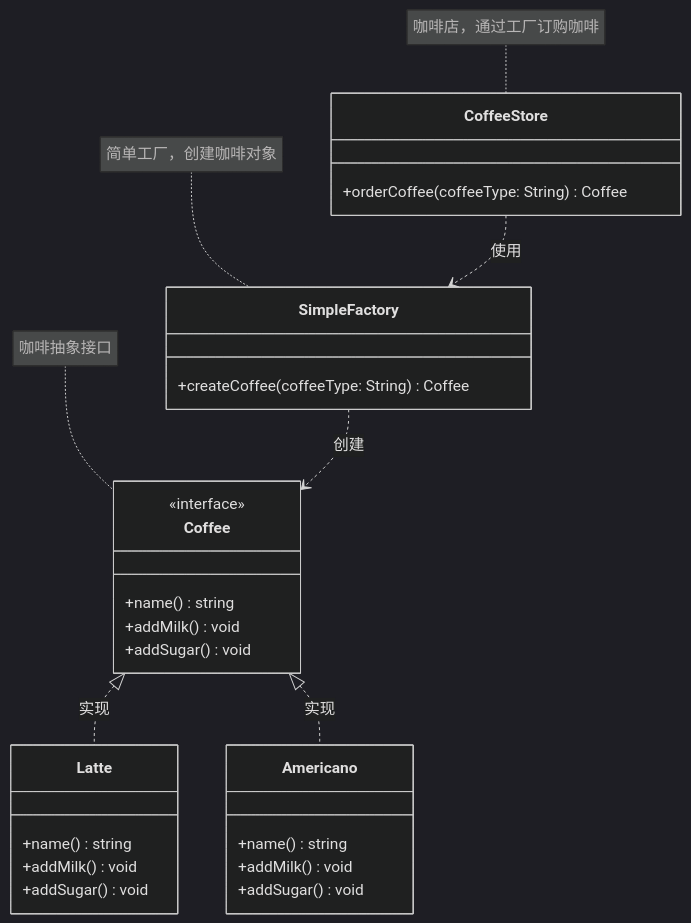
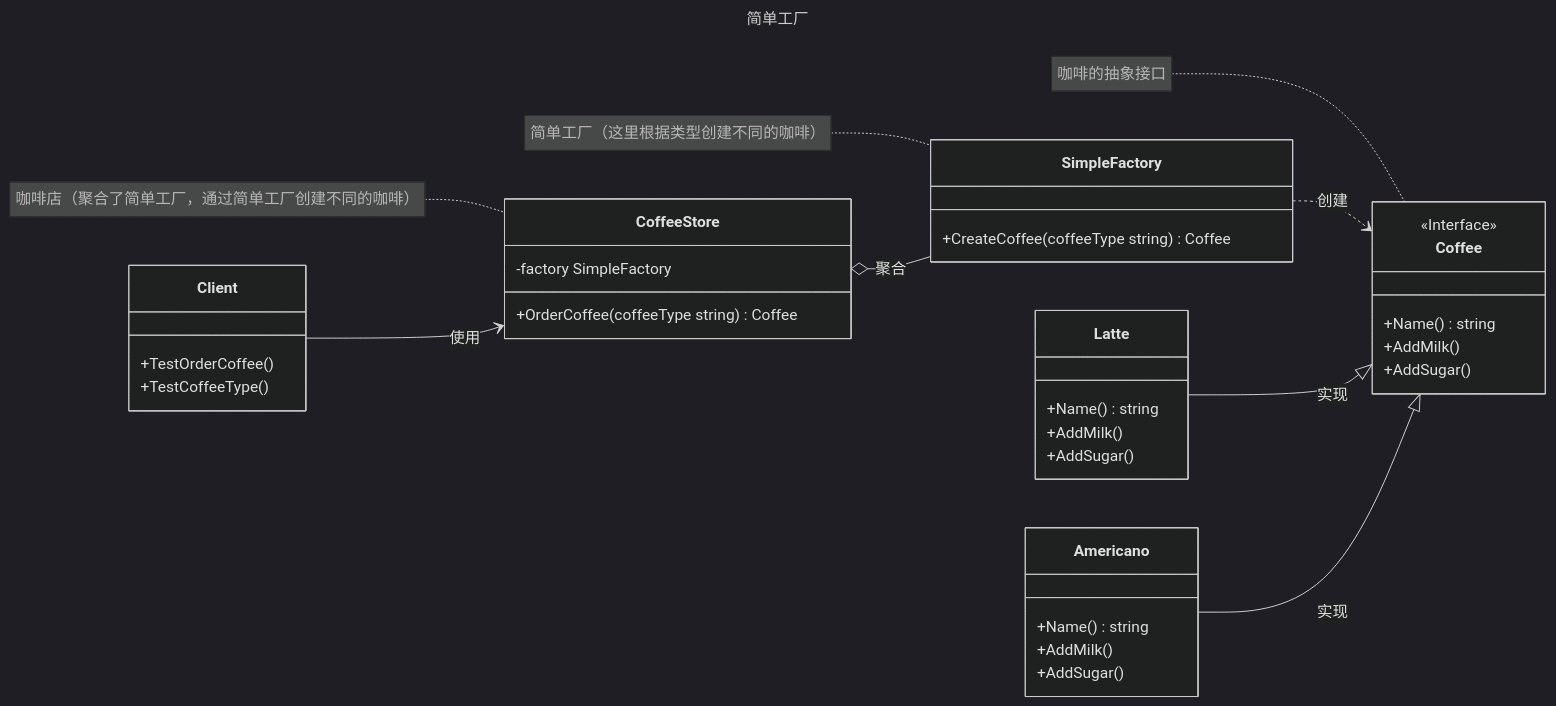
One commit to magicgopher/magicgopher-blog changed the diagram in docs/zh/后端/01-Golang/03-Golang设计模式/03-简单工厂.md. Above: the diagram before and after it, drawn with Mermaid (dark theme). The commit also changed other lines of this file and 7 other files, not shown here.

````diff
--- a/docs/zh/后端/01-Golang/03-Golang设计模式/03-简单工厂.md
+++ b/docs/zh/后端/01-Golang/03-Golang设计模式/03-简单工厂.md
@@ -27,43 +27,62 @@
 ```mermaid
+---
+title: 简单工厂
+---
 classDiagram
-    %% 咖啡抽象接口
+	direction LR
+
+	%% 咖啡抽象接口
     class Coffee {
-        <<interface>>
-        +name() string
-        +addMilk() void
-        +addSugar() void
+        <<Interface>>
+        +Name() string
+        +AddMilk()
+        +AddSugar()
     }
-    note for Coffee "咖啡抽象接口"
+	note for Coffee "咖啡的抽象接口"
 
-    %% 具体咖啡类
+	%% 具体咖啡（拿铁咖啡）
     class Latte {
-        +name() string
-        +addMilk() void
-        +addSugar() void
-    }
-    class Americano {
-        +name() string
-        +addMilk() void
-        +addSugar() void
+        +Name() string
+        +AddMilk()
+        +AddSugar()
     }
 
-    %% 实现关系
-    Coffee <|.. Latte : 实现
-    Coffee <|.. Americano : 实现
+	%% 具体咖啡（美式咖啡）
+    class Americano {
+        +Name() string
+        +AddMilk()
+        +AddSugar()
+    }
 
-    %% 简单工厂
+	%% 简单工厂
     class SimpleFactory {
-        +createCoffee(coffeeType: String) Coffee
+        +CreateCoffee(coffeeType string) Coffee
     }
-    note for SimpleFactory "简单工厂，创建咖啡对象"
+	note for SimpleFactory "简单工厂（这里根据类型创建不同的咖啡）"
 
-    %% 咖啡店
+	%% 咖啡店（这里聚合了简单工厂）
     class CoffeeStore {
-        +orderCoffee(coffeeType: String) Coffee
+        -factory SimpleFactory
+        +OrderCoffee(coffeeType string) Coffee
     }
-    note for CoffeeStore "咖啡店，通过工厂订购咖啡"
+	note for CoffeeStore "咖啡店（聚合了简单工厂，通过简单工厂创建不同的咖啡）"
 
-    %% 依赖关系
+	%% 客户端
+    class Client {
+        +TestOrderCoffee()
+        +TestCoffeeType()
+    }
+
+	%% 客户端与咖啡店的关系
+    Client --> CoffeeStore : 使用
+
+	%% 咖啡店与简单工厂的关系
+    CoffeeStore o-- SimpleFactory : 聚合
+
+	%% 简单工厂与咖啡的关系
     SimpleFactory ..> Coffee : 创建
-    CoffeeStore ..> SimpleFactory : 使用
+
+	%% 咖啡与抽象咖啡的关系
+    Latte --|> Coffee : 实现
+    Americano --|> Coffee : 实现
 ```
````
